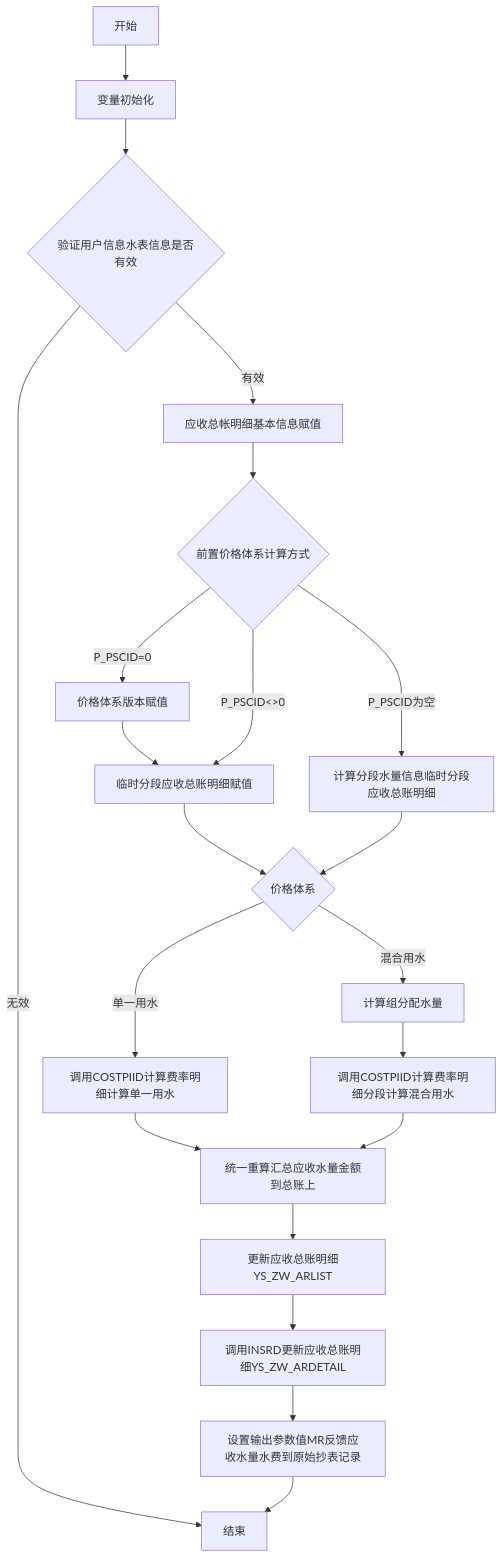
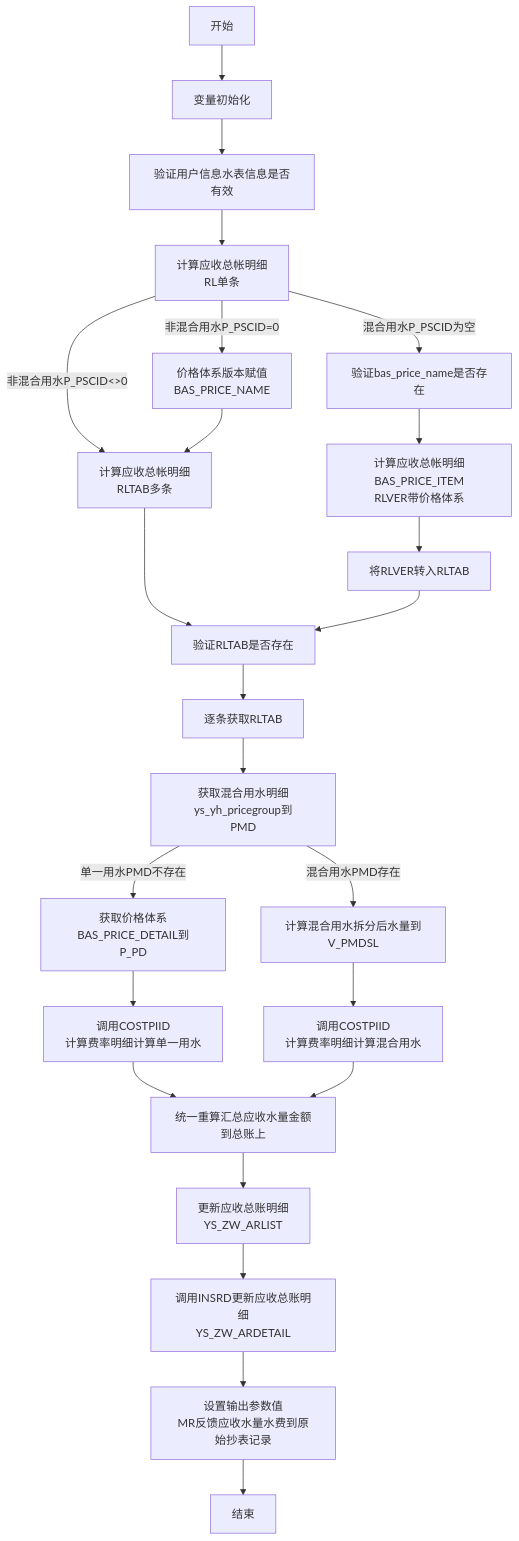
Before and after one commit to liuwentao001/20201001HRBZLS: diagram 24 of 51 in 02.业务梳理流程图简化版_v2020.11.md, drawn with Mermaid. The commit also changed other lines of this file and 8 other files, not shown here.

````diff
--- a/02.业务梳理流程图简化版_v2020.11.md
+++ b/02.业务梳理流程图简化版_v2020.11.md
@@ -321,10 +727,37 @@
 ```mermaid
 graph TD
-	classDef default font-size: 10x;
-	开始-->变量初始化-->A1{验证用户信息水表信息是否有效}--有效-->应收总帐明细基本信息赋值-->A2{前置价格体系计算方式}
-	A1--无效-->结束
-	A2--P_PSCID=0-->价格体系版本赋值-->临时分段应收总账明细赋值-->A3{价格体系}
-	A2--P_PSCID<>0-->临时分段应收总账明细赋值
-	A2--P_PSCID为空-->计算分段水量信息临时分段应收总账明细-->A3--单一用水-->调用COSTPIID计算费率明细计算单一用水-->统一重算汇总应收水量金额到总账上-->更新应收总账明细YS_ZW_ARLIST-->调用INSRD更新应收总账明细YS_ZW_ARDETAIL-->设置输出参数值MR反馈应收水量水费到原始抄表记录-->结束
-	A3--混合用水-->计算组分配水量-->调用COSTPIID计算费率明细分段计算混合用水-->统一重算汇总应收水量金额到总账上
+classDef default font-size: 10x;
+A01[变量初始化]
+A02[验证用户信息水表信息是否有效]
+A03[计算应收总帐明细<br>RL单条]
+A04[价格体系版本赋值<br>BAS_PRICE_NAME]
+A05[计算应收总帐明细<br>RLTAB多条]
+A06[验证bas_price_name是否存在]
+A07[计算应收总帐明细BAS_PRICE_ITEM<br>RLVER带价格体系]
+A08[将RLVER转入RLTAB]
+A09[验证RLTAB是否存在]
+A10[逐条获取RLTAB]
+A11[获取混合用水明细ys_yh_pricegroup到<br>PMD]
+A12[获取价格体系BAS_PRICE_DETAIL到<br>P_PD]
+A13[调用COSTPIID<br>计算费率明细计算单一用水]
+A14[计算混合用水拆分后水量到V_PMDSL]
+A15[调用COSTPIID<br>计算费率明细计算混合用水]
+A16[统一重算汇总应收水量金额到总账上]
+A17[更新应收总账明细<br>YS_ZW_ARLIST]
+A18[调用INSRD更新应收总账明细<br>YS_ZW_ARDETAIL]
+A19[设置输出参数值<br>MR反馈应收水量水费到原始抄表记录] 
+
+开始-->A01-->A02-->A03
+A03--非混合用水P_PSCID=0-->A04
+A03--非混合用水P_PSCID<>0-->A05
+A04-->A05
+A05-->A09
+A03--混合用水P_PSCID为空-->A06
+A06-->A07-->A08
+A08-->A09
+A09-->A10-->A11--单一用水PMD不存在-->A12-->A13-->A16
+A11--混合用水PMD存在-->A14-->A15-->A16
+A16-->A17-->A18-->A19-->结束
+
+
 ```
````
